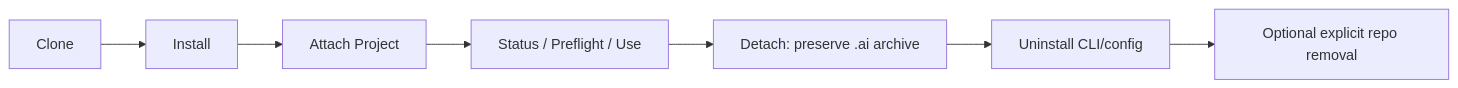
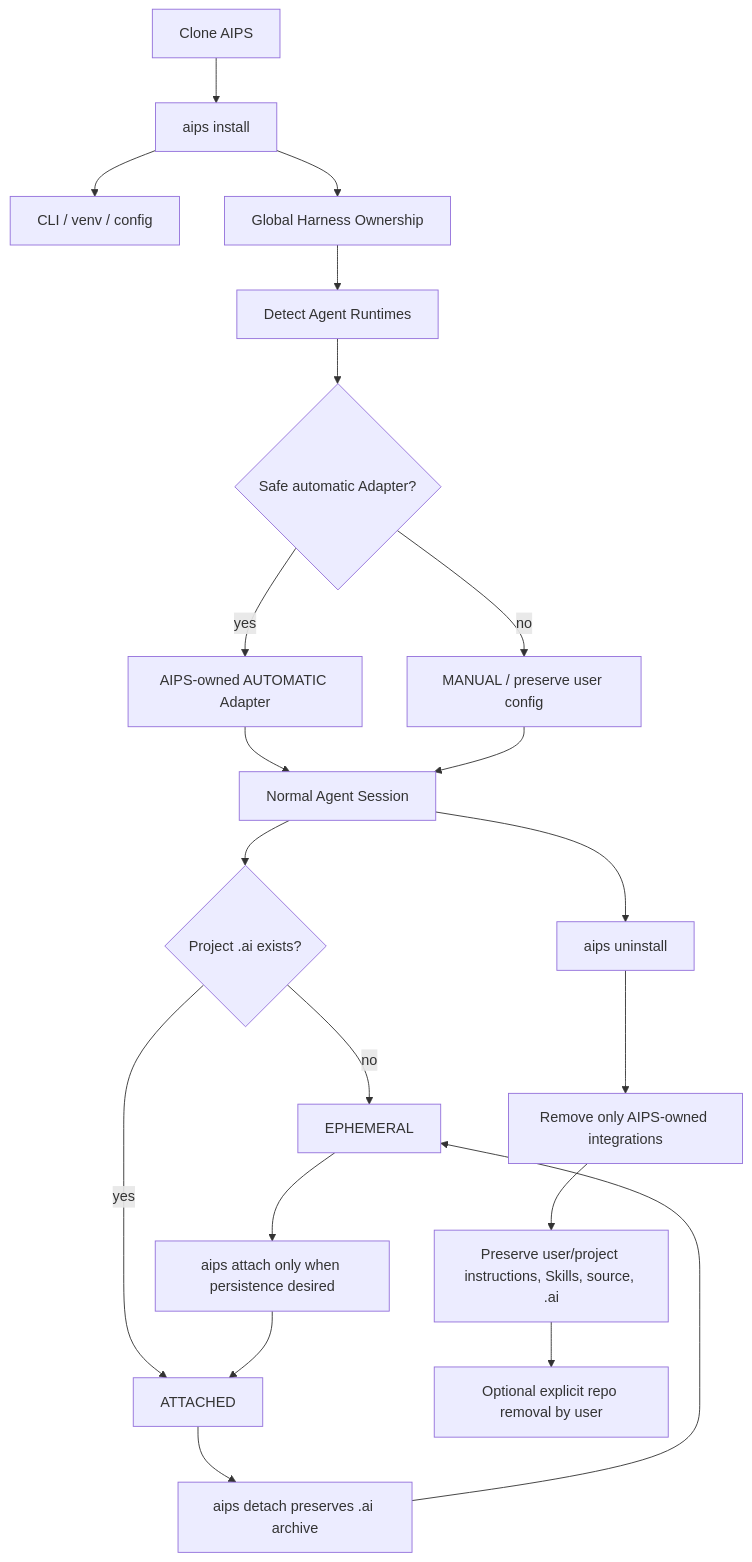
Diagram 17 of 20 in docs/ARCHITECTURE.md (LucasLu3918/ai-product-system), drawn with Mermaid before and after one commit. The commit also changed other lines of this file and 7 other files, not shown here.

Commit message:
docs(architecture): sync diagrams and require impact review for core changes

```diff
--- a/docs/ARCHITECTURE.md
+++ b/docs/ARCHITECTURE.md
@@ -388,9 +409,23 @@
 ~~~mermaid
-flowchart LR
-    CLONE[Clone] --> INSTALL[Install]
-    INSTALL --> ATTACH[Attach Project]
-    ATTACH --> USE[Status / Preflight / Use]
-    USE --> DETACH[Detach: preserve .ai archive]
-    DETACH --> UNINSTALL[Uninstall CLI/config]
-    UNINSTALL --> REMOVE[Optional explicit repo removal]
+flowchart TD
+    CLONE[Clone AIPS] --> INSTALL[aips install]
+    INSTALL --> CORE[CLI / venv / config]
+    INSTALL --> HAR[Global Harness Ownership]
+    HAR --> DET[Detect Agent Runtimes]
+    DET --> AD{Safe automatic Adapter?}
+    AD -->|yes| AUTO[AIPS-owned AUTOMATIC Adapter]
+    AD -->|no| MAN[MANUAL / preserve user config]
+    AUTO --> USE[Normal Agent Session]
+    MAN --> USE
+    USE --> PM{Project .ai exists?}
+    PM -->|no| E[EPHEMERAL]
+    PM -->|yes| A[ATTACHED]
+    E --> AT[aips attach only when persistence desired]
+    AT --> A
+    A --> DT[aips detach preserves .ai archive]
+    DT --> E
+    USE --> UN[aips uninstall]
+    UN --> OWN[Remove only AIPS-owned integrations]
+    OWN --> KEEP[Preserve user/project instructions, Skills, source, .ai]
+    KEEP --> RM[Optional explicit repo removal by user]
 ~~~
```
